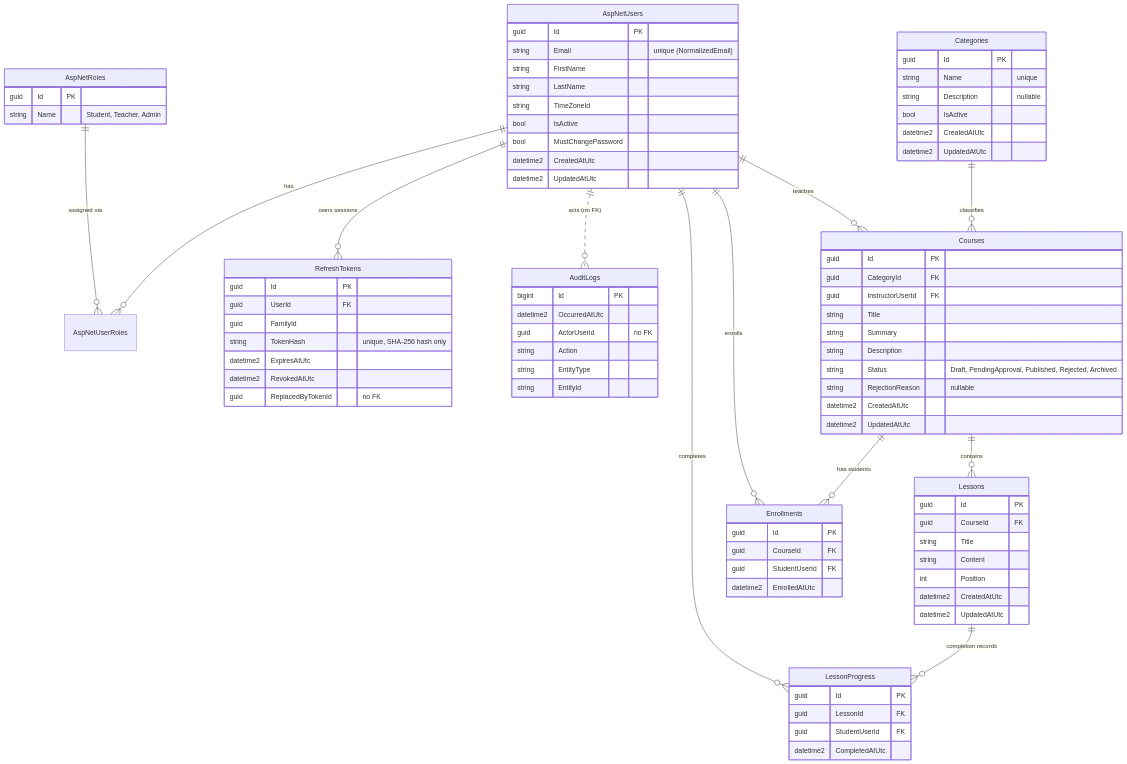
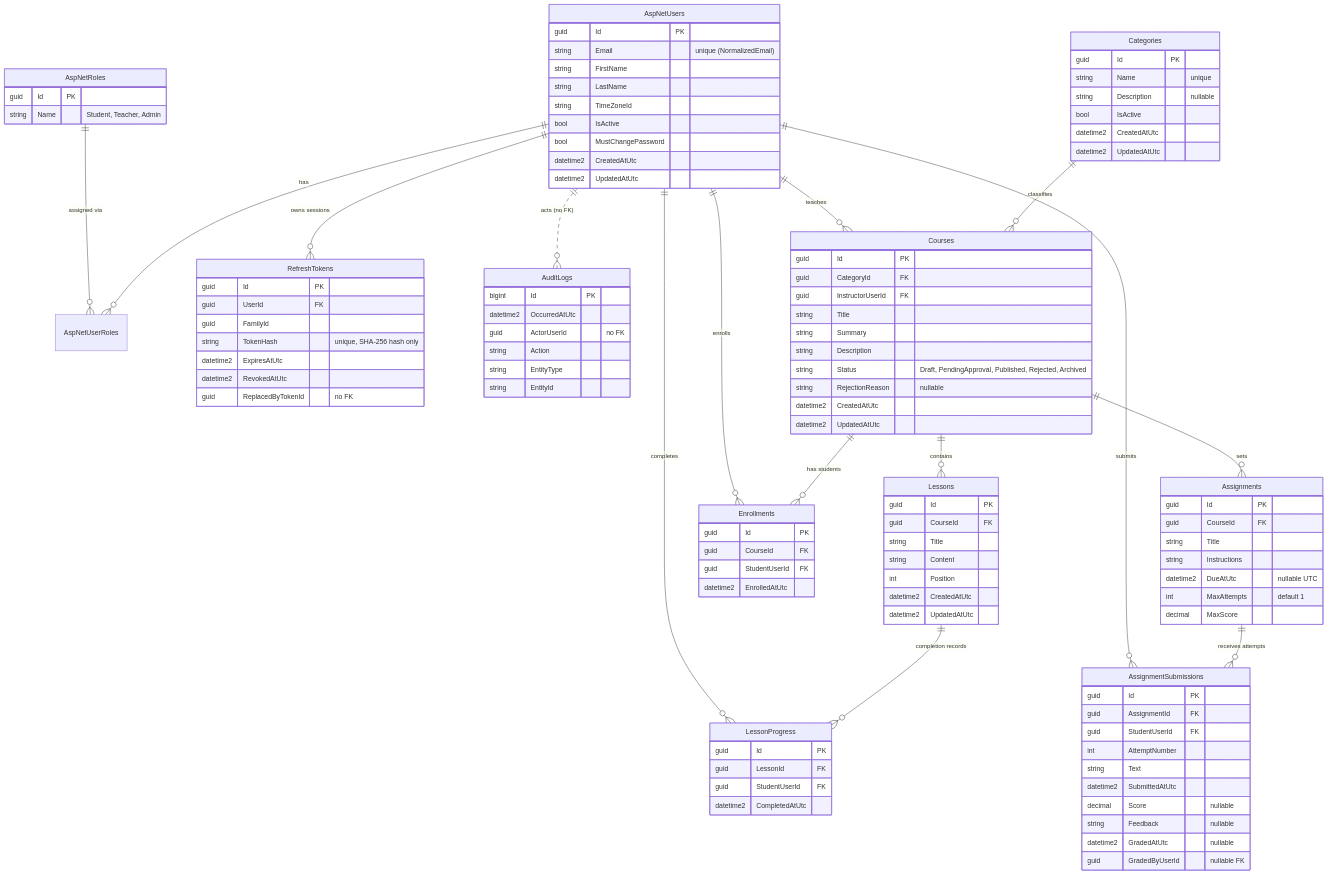
One commit to nksdal/Online-Learning-Platform changed the diagram in docs/database.md. Above: the diagram before and after it, drawn with Mermaid. The commit also changed other lines of this file and 21 other files, not shown here.

Commit message:
feat: add assignments submissions and grading

```diff
--- a/docs/database.md
+++ b/docs/database.md
@@ -25,6 +25,9 @@
     Courses ||--o{ Enrollments : "has students"
     AspNetUsers ||--o{ Enrollments : "enrolls"
     AspNetUsers ||--o{ LessonProgress : "completes"
+    Courses ||--o{ Assignments : "sets"
+    Assignments ||--o{ AssignmentSubmissions : "receives attempts"
+    AspNetUsers ||--o{ AssignmentSubmissions : "submits"
     Courses {
         guid Id PK
         guid CategoryId FK
@@ -57,6 +60,27 @@
         guid LessonId FK
         guid StudentUserId FK
         datetime2 CompletedAtUtc
+    }
+    Assignments {
+        guid Id PK
+        guid CourseId FK
+        string Title
+        string Instructions
+        datetime2 DueAtUtc "nullable UTC"
+        int MaxAttempts "default 1"
+        decimal MaxScore
+    }
+    AssignmentSubmissions {
+        guid Id PK
+        guid AssignmentId FK
+        guid StudentUserId FK
+        int AttemptNumber
+        string Text
+        datetime2 SubmittedAtUtc
+        decimal Score "nullable"
+        string Feedback "nullable"
+        datetime2 GradedAtUtc "nullable"
+        guid GradedByUserId "nullable FK"
     }
 
     AspNetUsers {
```
